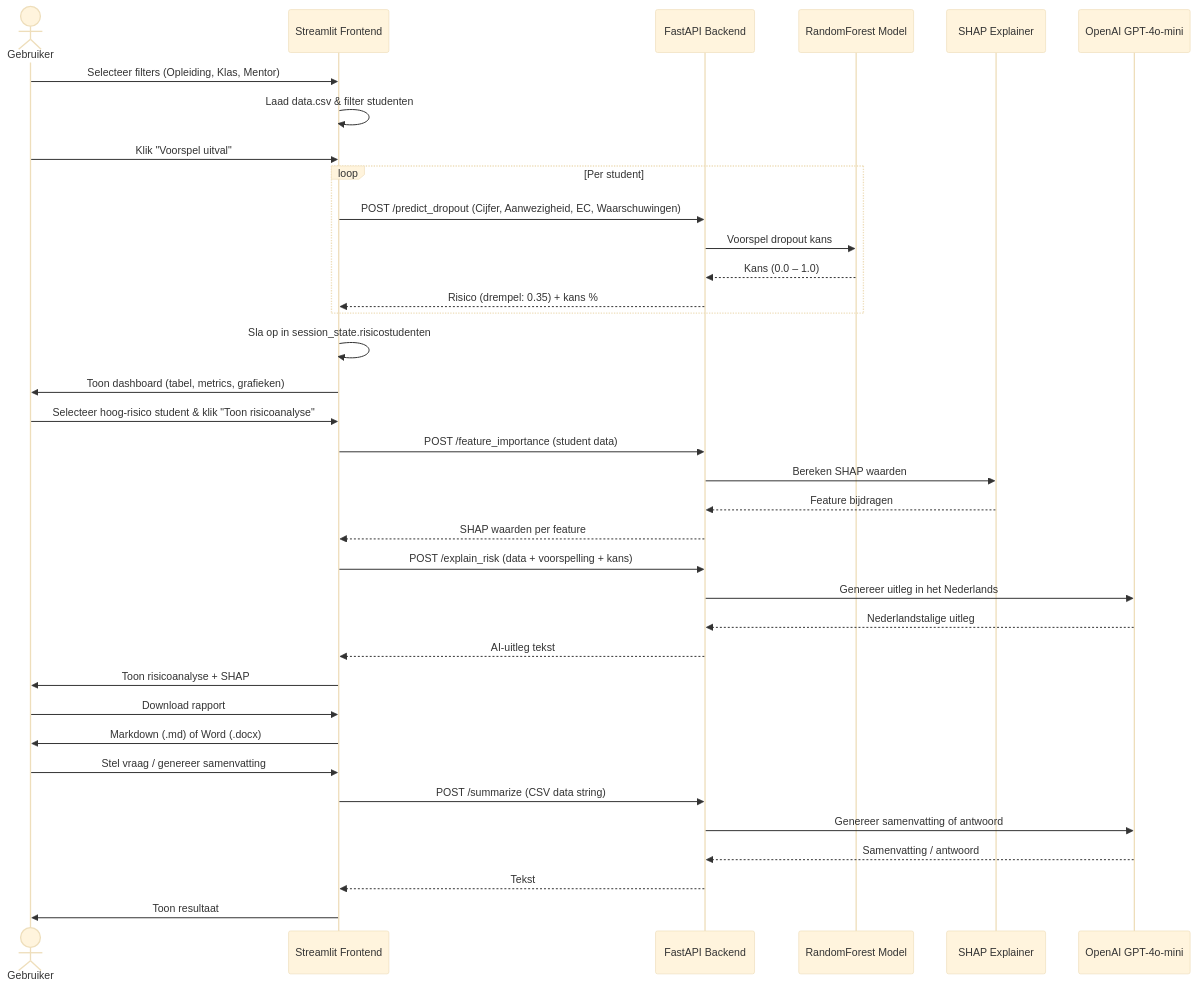
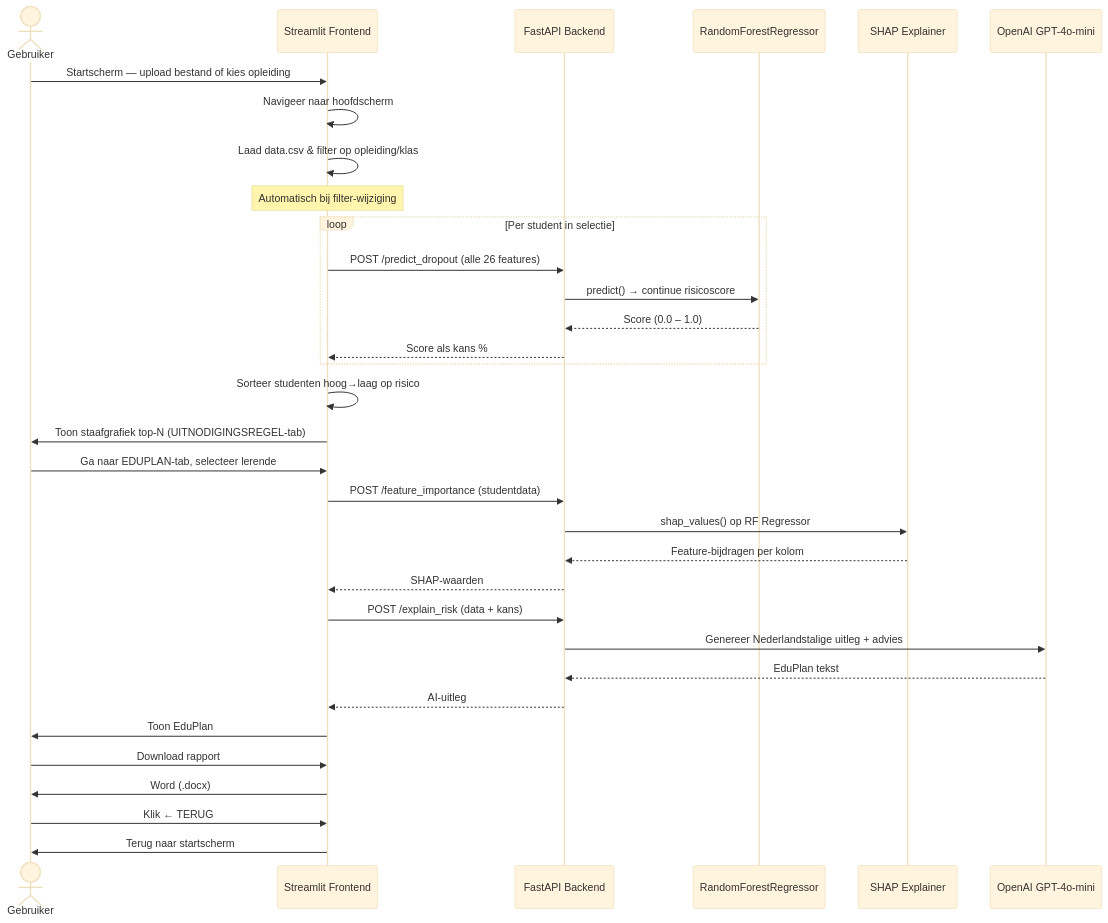
The second of 2 diagrams in 06_Conceptueel_model_architectuur_en_flow_plus_instructie_code.md (cedanl/Assistentie), drawn with Mermaid (base theme) before and after one commit. The commit also changed other lines of this file, not shown here.

First line of the commit message:
Docs: conceptueel model volledig bijgewerkt naar huidige versie

````diff
--- a/06_Conceptueel_model_architectuur_en_flow_plus_instructie_code.md
+++ b/06_Conceptueel_model_architectuur_en_flow_plus_instructie_code.md
@@ -186,45 +200,43 @@
 ```mermaid
 sequenceDiagram
     actor Gebruiker
     participant FE as Streamlit Frontend
     participant BE as FastAPI Backend
-    participant RF as RandomForest Model
+    participant RF as RandomForestRegressor
     participant SHAP as SHAP Explainer
     participant GPT as OpenAI GPT-4o-mini
 
-    Gebruiker->>FE: Selecteer filters (Opleiding, Klas, Mentor)
-    FE->>FE: Laad data.csv & filter studenten
+    Gebruiker->>FE: Startscherm — upload bestand of kies opleiding
+    FE->>FE: Navigeer naar hoofdscherm
 
-    Gebruiker->>FE: Klik "Voorspel uitval"
-    loop Per student
-        FE->>BE: POST /predict_dropout (Cijfer, Aanwezigheid, EC, Waarschuwingen)
-        BE->>RF: Voorspel dropout kans
-        RF-->>BE: Kans (0.0 – 1.0)
-        BE-->>FE: Risico (drempel: 0.35) + kans %
+    FE->>FE: Laad data.csv & filter op opleiding/klas
+    note over FE: Automatisch bij filter-wijziging
+
+    loop Per student in selectie
+        FE->>BE: POST /predict_dropout (alle 26 features)
+        BE->>RF: predict() → continue risicoscore
+        RF-->>BE: Score (0.0 – 1.0)
+        BE-->>FE: Score als kans %
     end
 
-    FE->>FE: Sla op in session_state.risicostudenten
-    FE->>Gebruiker: Toon dashboard (tabel, metrics, grafieken)
+    FE->>FE: Sorteer studenten hoog→laag op risico
+    FE->>Gebruiker: Toon staafgrafiek top-N (UITNODIGINGSREGEL-tab)
 
-    Gebruiker->>FE: Selecteer hoog-risico student & klik "Toon risicoanalyse"
-    FE->>BE: POST /feature_importance (student data)
-    BE->>SHAP: Bereken SHAP waarden
-    SHAP-->>BE: Feature bijdragen
-    BE-->>FE: SHAP waarden per feature
+    Gebruiker->>FE: Ga naar EDUPLAN-tab, selecteer lerende
+    FE->>BE: POST /feature_importance (studentdata)
+    BE->>SHAP: shap_values() op RF Regressor
+    SHAP-->>BE: Feature-bijdragen per kolom
+    BE-->>FE: SHAP-waarden
 
-    FE->>BE: POST /explain_risk (data + voorspelling + kans)
-    BE->>GPT: Genereer uitleg in het Nederlands
-    GPT-->>BE: Nederlandstalige uitleg
-    BE-->>FE: AI-uitleg tekst
-    FE->>Gebruiker: Toon risicoanalyse + SHAP
+    FE->>BE: POST /explain_risk (data + kans)
+    BE->>GPT: Genereer Nederlandstalige uitleg + advies
+    GPT-->>BE: EduPlan tekst
+    BE-->>FE: AI-uitleg
+    FE->>Gebruiker: Toon EduPlan
 
     Gebruiker->>FE: Download rapport
-    FE->>Gebruiker: Markdown (.md) of Word (.docx)
+    FE->>Gebruiker: Word (.docx)
 
-    Gebruiker->>FE: Stel vraag / genereer samenvatting
-    FE->>BE: POST /summarize (CSV data string)
-    BE->>GPT: Genereer samenvatting of antwoord
-    GPT-->>BE: Samenvatting / antwoord
-    BE-->>FE: Tekst
-    FE->>Gebruiker: Toon resultaat
+    Gebruiker->>FE: Klik ← TERUG
+    FE->>Gebruiker: Terug naar startscherm
 ```
````
